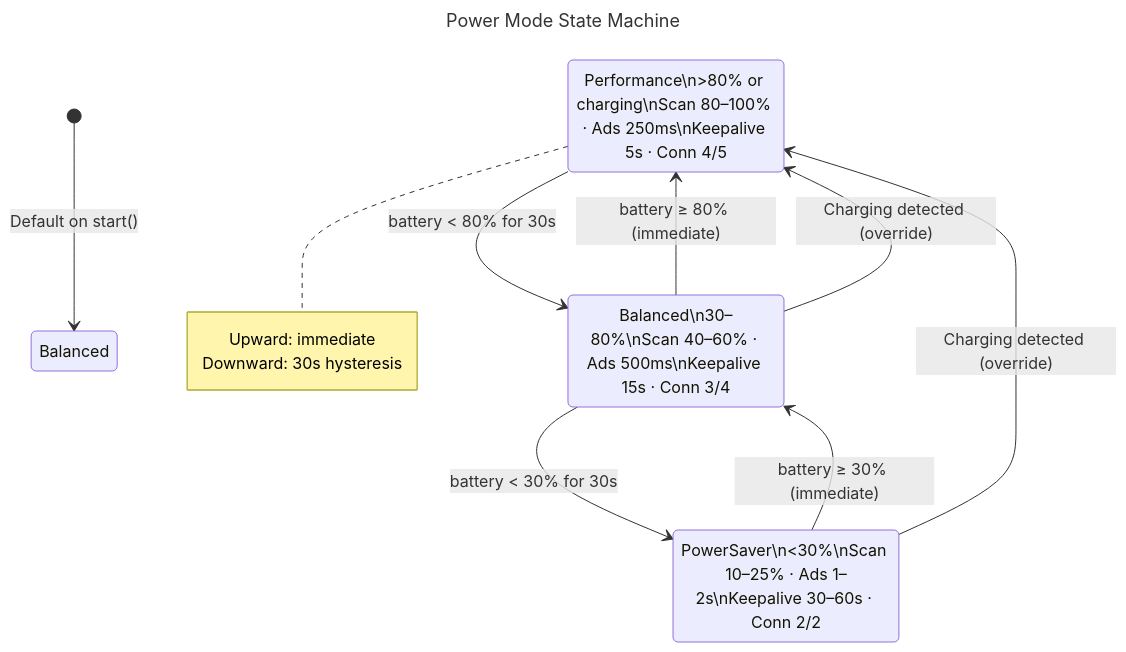
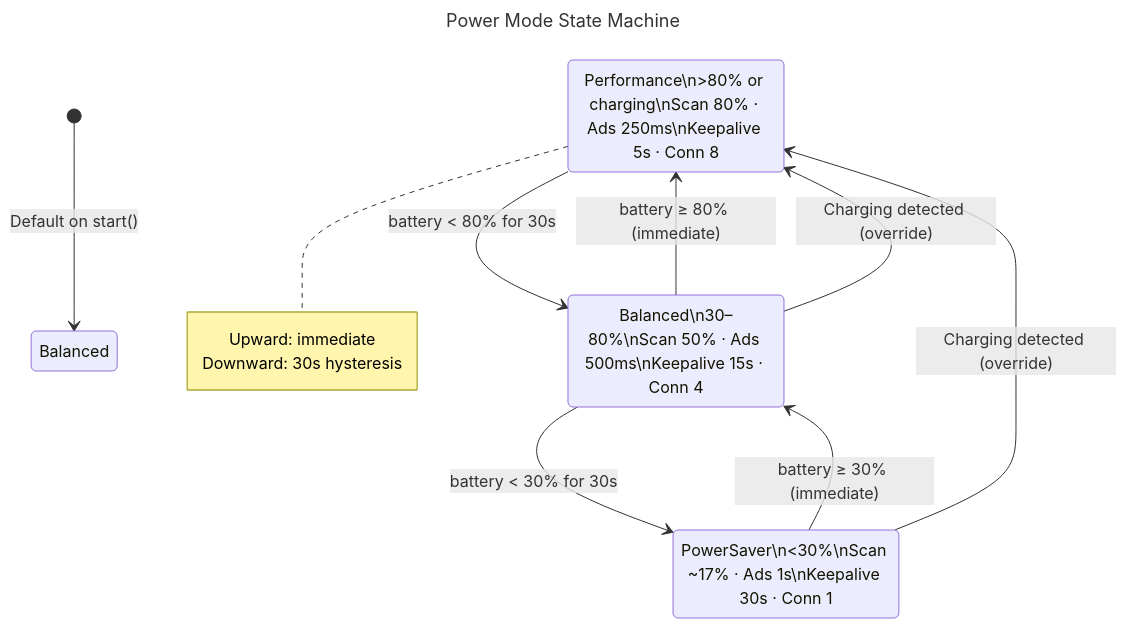
The ninth of 14 diagrams in docs/diagrams.md (trancee/MeshLink), drawn with Mermaid before and after one commit. The commit also changed other lines of this file and 2 other files, not shown here.

````diff
--- a/docs/diagrams.md
+++ b/docs/diagrams.md
@@ -304,24 +306,24 @@
 ```mermaid
 ---
 title: Power Mode State Machine
 ---
 stateDiagram-v2
     [*] --> Balanced : Default on start()
 
-    state "Performance\n>80% or charging\nScan 80–100% · Ads 250ms\nKeepalive 5s · Conn 4/5" as Perf
-    state "Balanced\n30–80%\nScan 40–60% · Ads 500ms\nKeepalive 15s · Conn 3/4" as Bal
-    state "PowerSaver\n<30%\nScan 10–25% · Ads 1–2s\nKeepalive 30–60s · Conn 2/2" as PS
+    state "Performance\n>80% or charging\nScan 80% · Ads 250ms\nKeepalive 5s · Conn 8" as Perf
+    state "Balanced\n30–80%\nScan 50% · Ads 500ms\nKeepalive 15s · Conn 4" as Bal
+    state "PowerSaver\n<30%\nScan ~17% · Ads 1s\nKeepalive 30s · Conn 1" as PS
 
     Bal --> Perf : battery ≥ 80% (immediate)
     Perf --> Bal : battery < 80% for 30s
     Bal --> PS : battery < 30% for 30s
     PS --> Bal : battery ≥ 30% (immediate)
 
     PS --> Perf : Charging detected (override)
     Bal --> Perf : Charging detected (override)
 
     note right of Perf
         Upward: immediate
         Downward: 30s hysteresis
     end note
 ```
````
